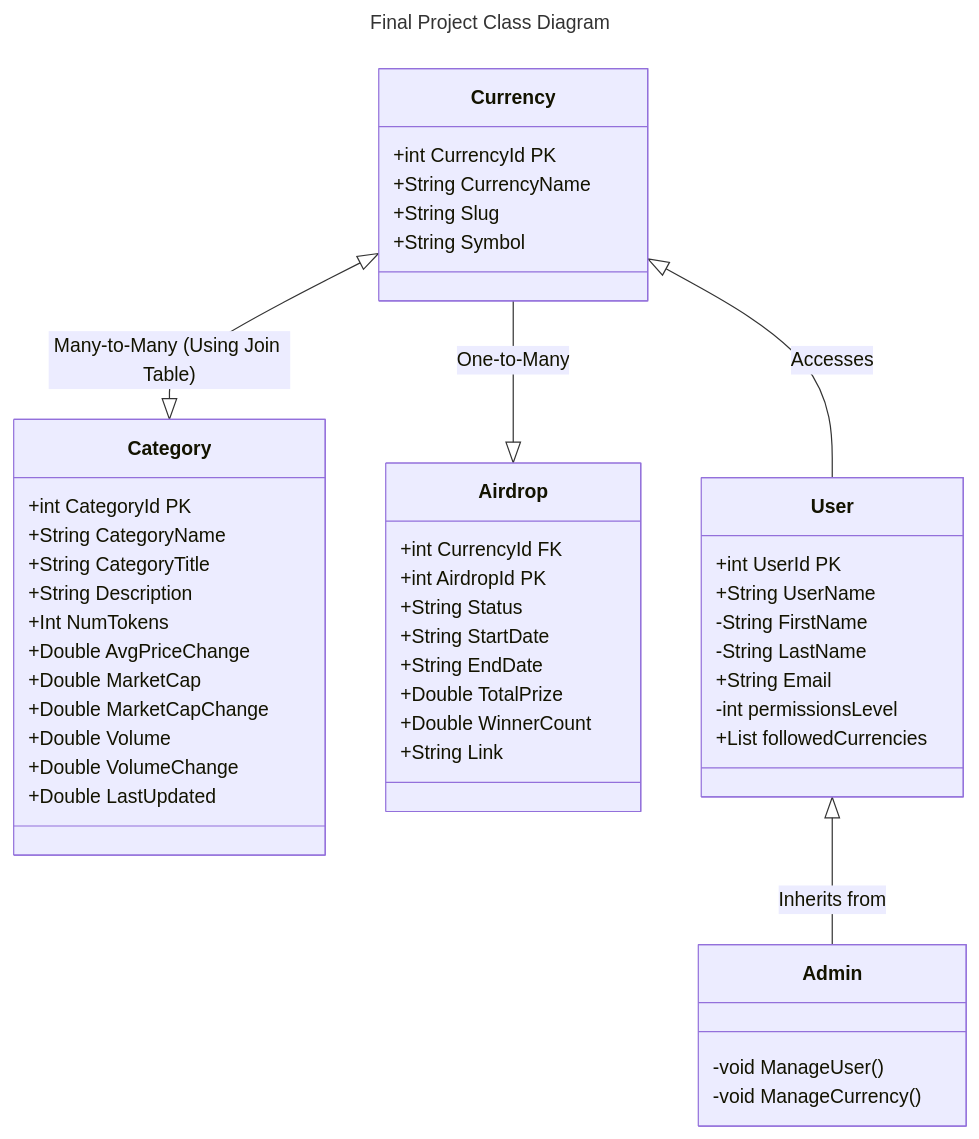
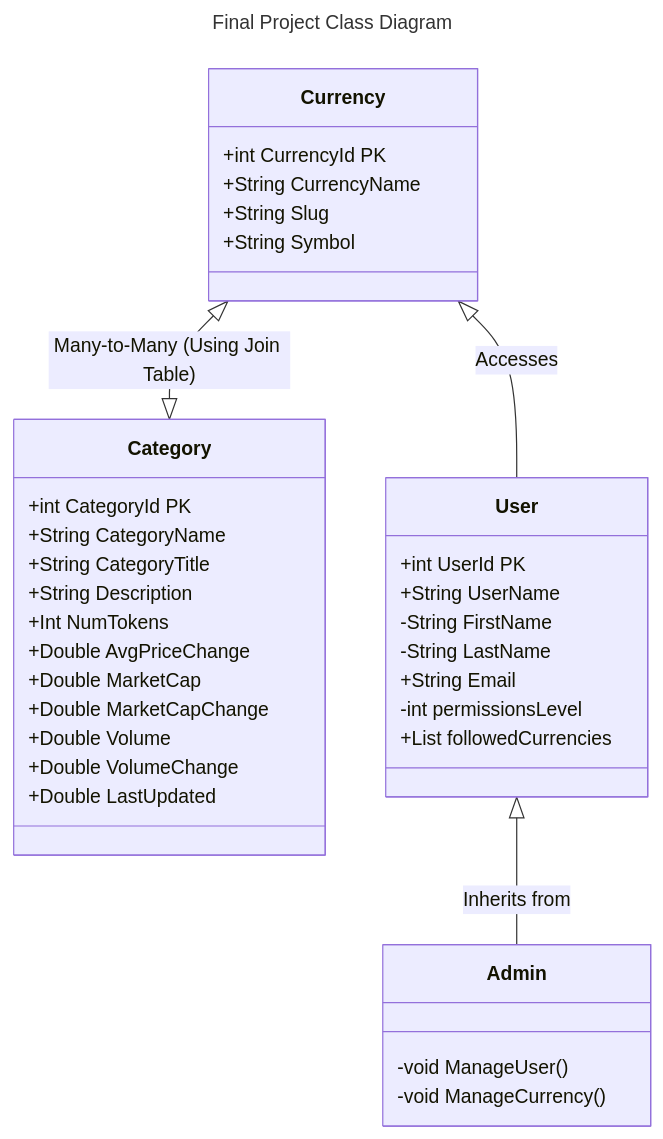
One commit to GrantRynders/ASPdemo changed the diagram in README.md. Above: the diagram before and after it, drawn with Mermaid.

Commit message:
Update README.md (removed airdrop)

````diff
--- a/README.md
+++ b/README.md
@@ -1,52 +1,41 @@
 ```mermaid
 ---
 title: Final Project Class Diagram
 ---
 classDiagram
     Currency <|--|> Category : Many-to-Many (Using Join Table)
-    Currency --|> Airdrop : One-to-Many
     Currency <|-- User : Accesses
     User <|-- Admin : Inherits from
     class Currency{
         +int CurrencyId PK
         +String CurrencyName
         +String Slug
         +String Symbol
     }
     class Category{
         +int CategoryId PK
         +String CategoryName
         +String CategoryTitle
         +String Description
         +Int NumTokens
         +Double AvgPriceChange
         +Double MarketCap
         +Double MarketCapChange
         +Double Volume
         +Double VolumeChange
         +Double LastUpdated
     }
-    class Airdrop{
-        +int CurrencyId FK
-        +int AirdropId PK
-        +String Status
-        +String StartDate
-        +String EndDate
-        +Double TotalPrize 
-        +Double WinnerCount
-        +String Link
-    }
     class User{
         +int UserId PK
         +String UserName
         -String FirstName
         -String LastName
         +String Email
         -int permissionsLevel
         +List<Currency> followedCurrencies
     }
     class Admin{
         -void ManageUser()
         -void ManageCurrency()
     }
 ```
````
